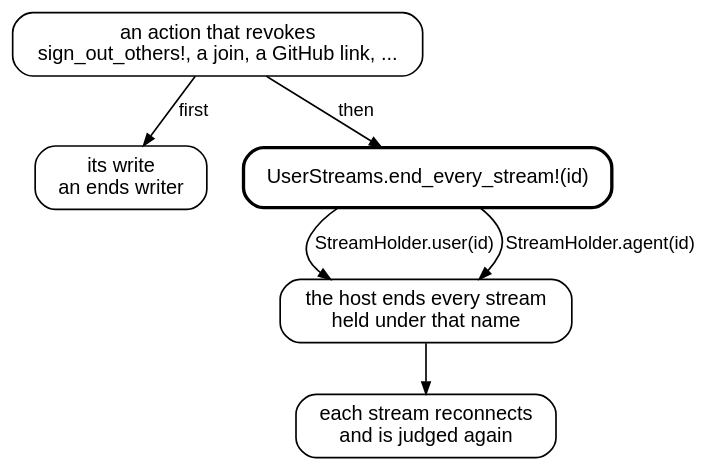
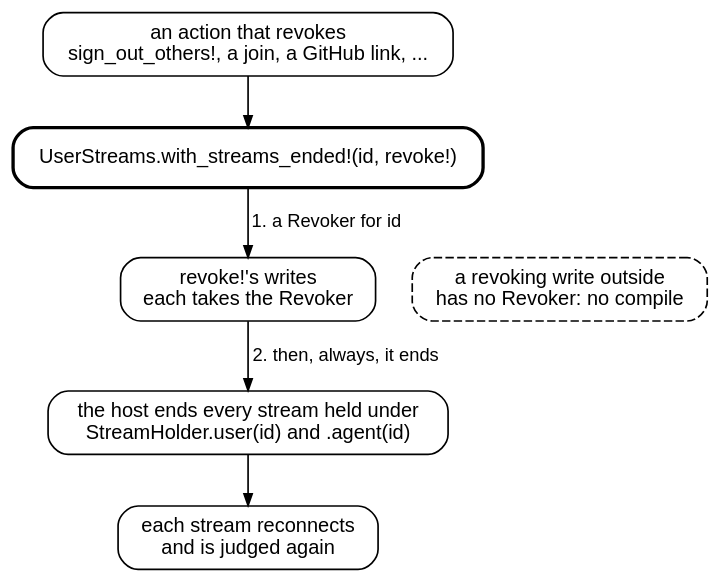
The diagram in site/security_idioms_streams.dot (showell/roc-apps), drawn with Graphviz before and after one commit. The commit also changed 3 other files, not shown here.

```diff
--- a/site/security_idioms_streams.dot
+++ b/site/security_idioms_streams.dot
@@ -1,21 +1,24 @@
-// The security idioms page's drawing of a revocation reaching every open
-// stream: the action writes, then UserStreams ends the user's streams under
-// each holder StreamHolder names. site/build_security_idioms.shale renders
-// it with Graphviz and puts the SVG in the page.
+// The security idioms page's drawing of the bracket that ends a user's
+// streams: the action calls UserStreams.with_streams_ended!, which hands its
+// body the Revoker every revoking write takes, then ends the user's streams
+// under each holder StreamHolder names. A write outside the bracket has no
+// Revoker. site/build_security_idioms.shale renders it with Graphviz and
+// puts the SVG in the page.
 digraph streams {
   graph [rankdir=TB, bgcolor="transparent", nodesep=0.3, ranksep=0.4, fontname="sans-serif", fontsize=12];
   node [shape=box, style="rounded", fontname="sans-serif", fontsize=12, margin="0.14,0.08"];
   edge [fontname="sans-serif", fontsize=11, arrowsize=0.7];
 
   action [label="an action that revokes\nsign_out_others!, a join, a GitHub link, ..."];
-  write [label="its write\nan ends writer"];
-  ending [label="UserStreams.end_every_stream!(id)", style="rounded,bold"];
-  host [label="the host ends every stream\nheld under that name"];
+  bracket [label="UserStreams.with_streams_ended!(id, revoke!)", style="rounded,bold"];
+  write [label="revoke!'s writes\neach takes the Revoker"];
+  outside [label="a revoking write outside\nhas no Revoker: no compile", style="rounded,dashed"];
+  host [label="the host ends every stream held under\nStreamHolder.user(id) and .agent(id)"];
   reconnect [label="each stream reconnects\nand is judged again"];
+  { rank=same; write; outside; }
 
-  action -> write [label="first"];
-  action -> ending [label="then"];
-  ending -> host [label="StreamHolder.user(id)"];
-  ending -> host [label="StreamHolder.agent(id)"];
+  action -> bracket;
+  bracket -> write [label="1. a Revoker for id"];
+  write -> host [label="2. then, always, it ends"];
   host -> reconnect;
 }
```
